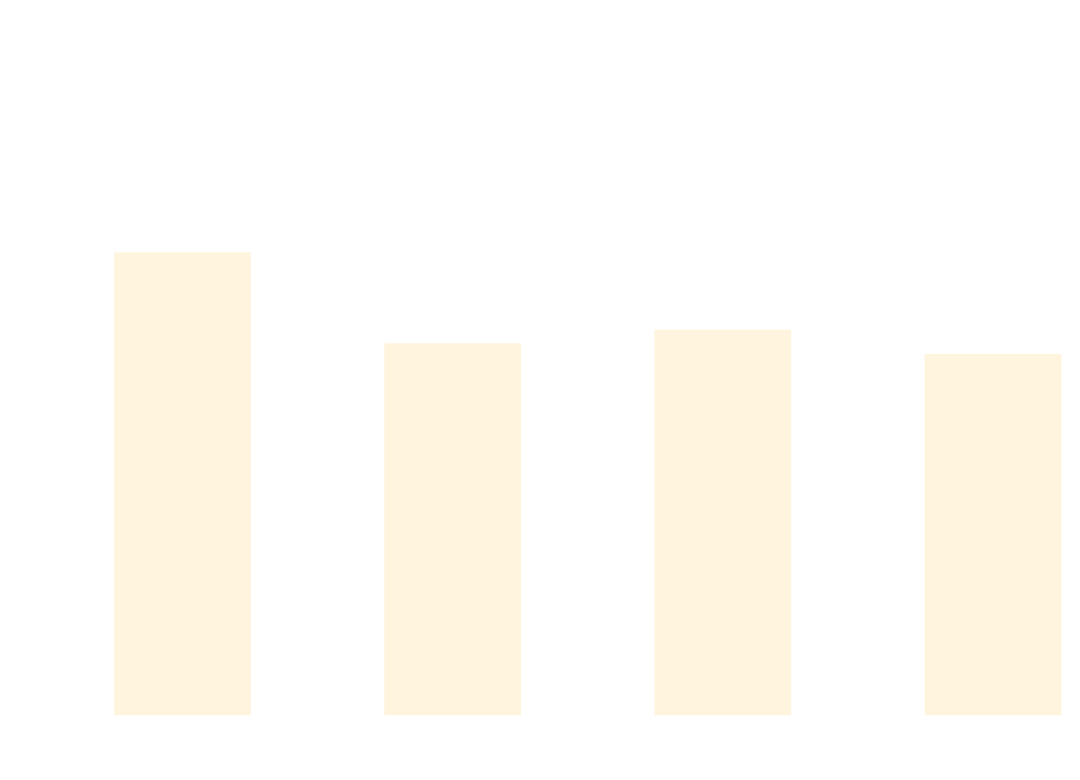
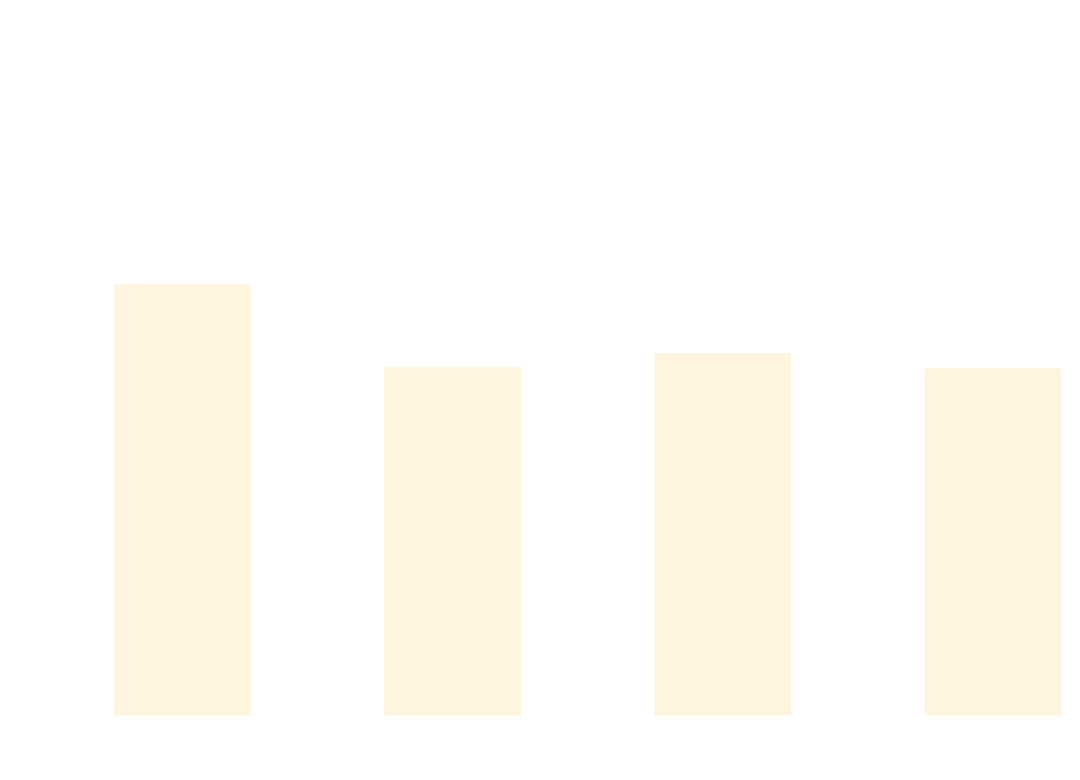
One commit to thomhurst/TUnit changed the diagram in docs/docs/benchmarks/BuildTime.md. Above: the diagram before and after it, drawn with Mermaid. The commit also changed other lines of this file and 17 other files, not shown here.

````diff
--- a/docs/docs/benchmarks/BuildTime.md
+++ b/docs/docs/benchmarks/BuildTime.md
@@ -28,37 +28,37 @@
 ```mermaid
 %%{init: {
   'theme':'base',
   'themeVariables': {
     'primaryColor': '#2563eb',
     'primaryTextColor': '#ffffff',
     'primaryBorderColor': '#1e40af',
     'lineColor': '#6b7280',
     'secondaryColor': '#7c3aed',
     'tertiaryColor': '#dc2626',
     'background': '#ffffff',
     'mainBkg': '#2563eb',
     'secondBkg': '#7c3aed',
     'tertiaryBkg': '#dc2626',
     'clusterBkg': '#f3f4f6',
     'edgeLabelBackground': '#ffffff',
     'tertiaryTextColor': '#1f2937',
     'pie1': '#2563eb',
     'pie2': '#7c3aed',
     'pie3': '#dc2626',
     'pie4': '#f59e0b',
     'pie5': '#10b981',
     'pie6': '#06b6d4',
     'pie7': '#ec4899',
     'pie8': '#6366f1',
     'pie9': '#84cc16',
     'pie10': '#f97316',
     'pie11': '#14b8a6',
     'pie12': '#a855f7'
   }
 }}%%
 xychart-beta
   title "Build Time Comparison"
   x-axis ["Build_TUnit", "Build_NUnit", "Build_MSTest", "Build_xUnit3"]
   y-axis "Time (s)" 0 --> 3
-  bar [2.206, 1.761, 1.828, 1.709]
+  bar [2.05, 1.644, 1.714, 1.639]
 ```
````
